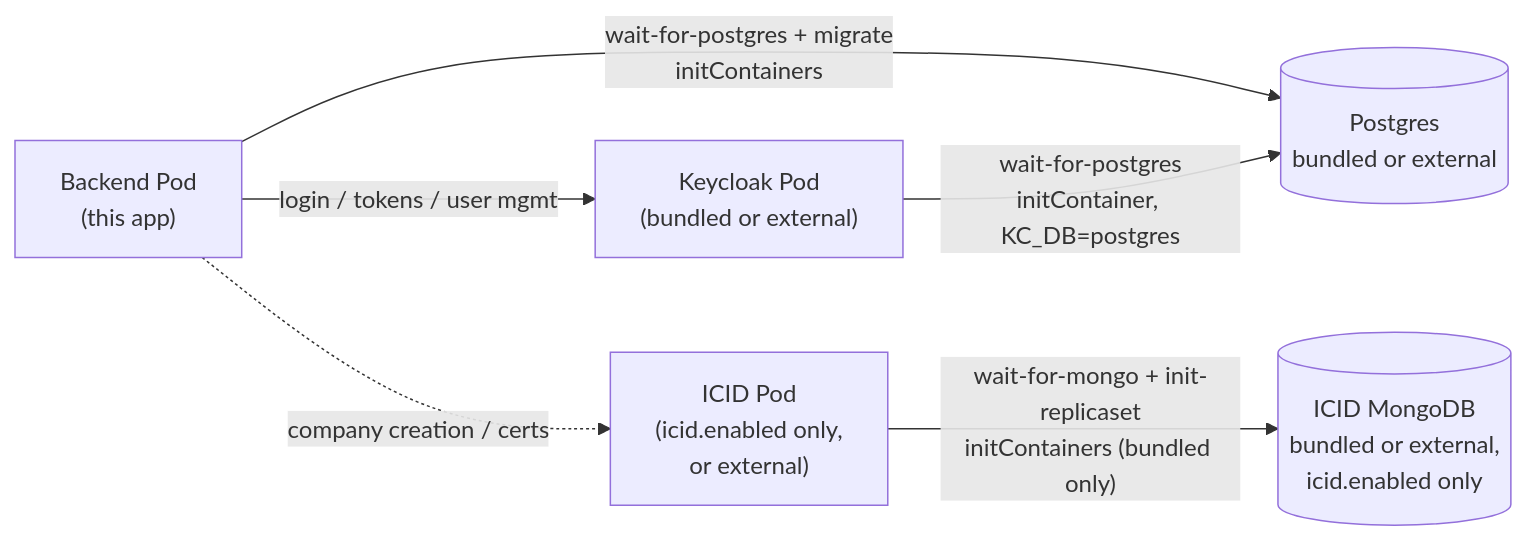
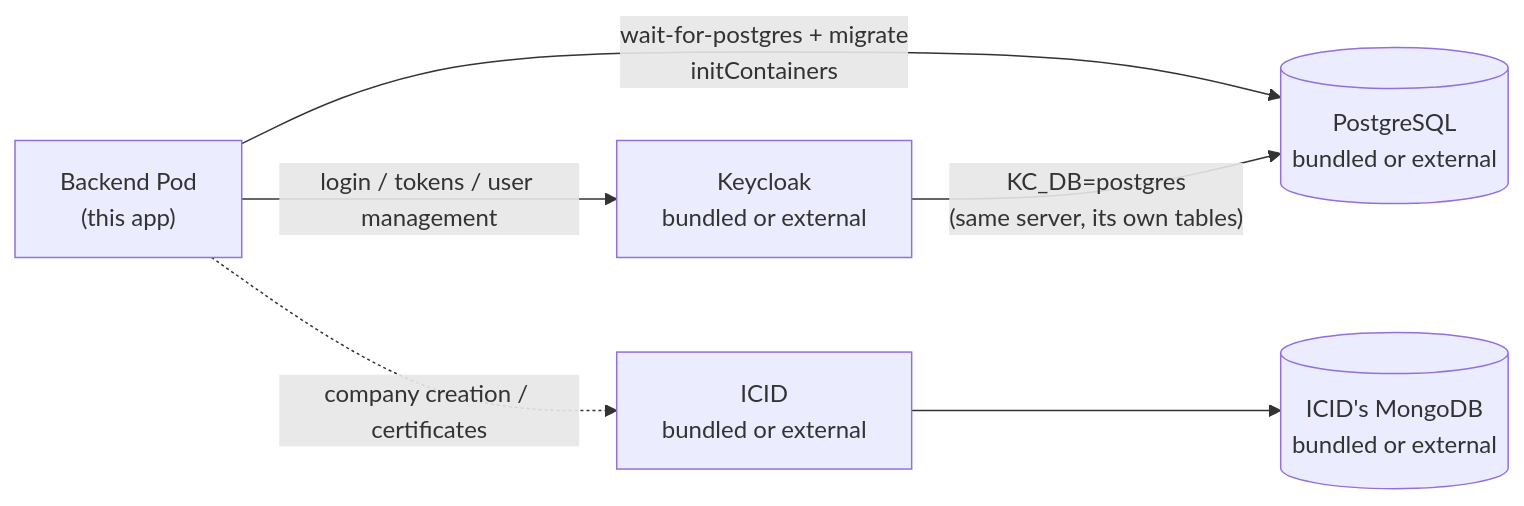
One commit to IndustryFusion/ifric-registry-service-oss changed the diagram in charts/ifric-registry-service/README.md. Above: the diagram before and after it, drawn with Mermaid. The commit also changed other lines of this file and 9 other files, not shown here.

````diff
--- a/charts/ifric-registry-service/README.md
+++ b/charts/ifric-registry-service/README.md
@@ -13,14 +44,14 @@
 ```mermaid
 flowchart LR
     Backend["Backend Pod<br/>(this app)"]
-    KC["Keycloak Pod<br/>(bundled or external)"]
-    PG[("Postgres<br/>bundled or external")]
-    ICID["ICID Pod<br/>(icid.enabled only,<br/>or external)"]
-    Mongo[("ICID MongoDB<br/>bundled or external,<br/>icid.enabled only")]
+    KC["Keycloak<br/>bundled or external"]
+    PG[("PostgreSQL<br/>bundled or external")]
+    ICID["ICID<br/>bundled or external"]
+    Mongo[("ICID's MongoDB<br/>bundled or external")]
 
     Backend -- "wait-for-postgres + migrate<br/>initContainers" --> PG
-    Backend -- "login / tokens / user mgmt" --> KC
-    Backend -. "company creation / certs" .-> ICID
-    KC -- "wait-for-postgres<br/>initContainer, KC_DB=postgres" --> PG
-    ICID -- "wait-for-mongo + init-replicaset<br/>initContainers (bundled only)" --> Mongo
+    Backend -- "login / tokens / user management" --> KC
+    Backend -. "company creation / certificates" .-> ICID
+    KC -- "KC_DB=postgres<br/>(same server, its own tables)" --> PG
+    ICID --> Mongo
 ```
````
